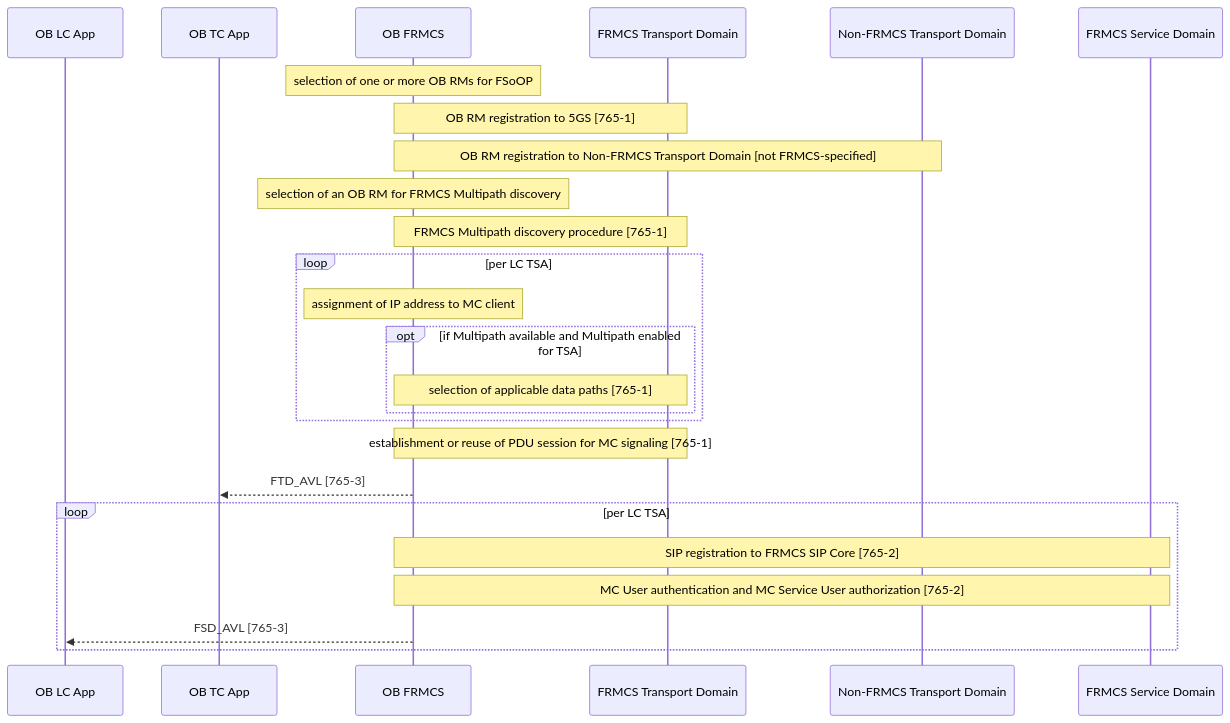
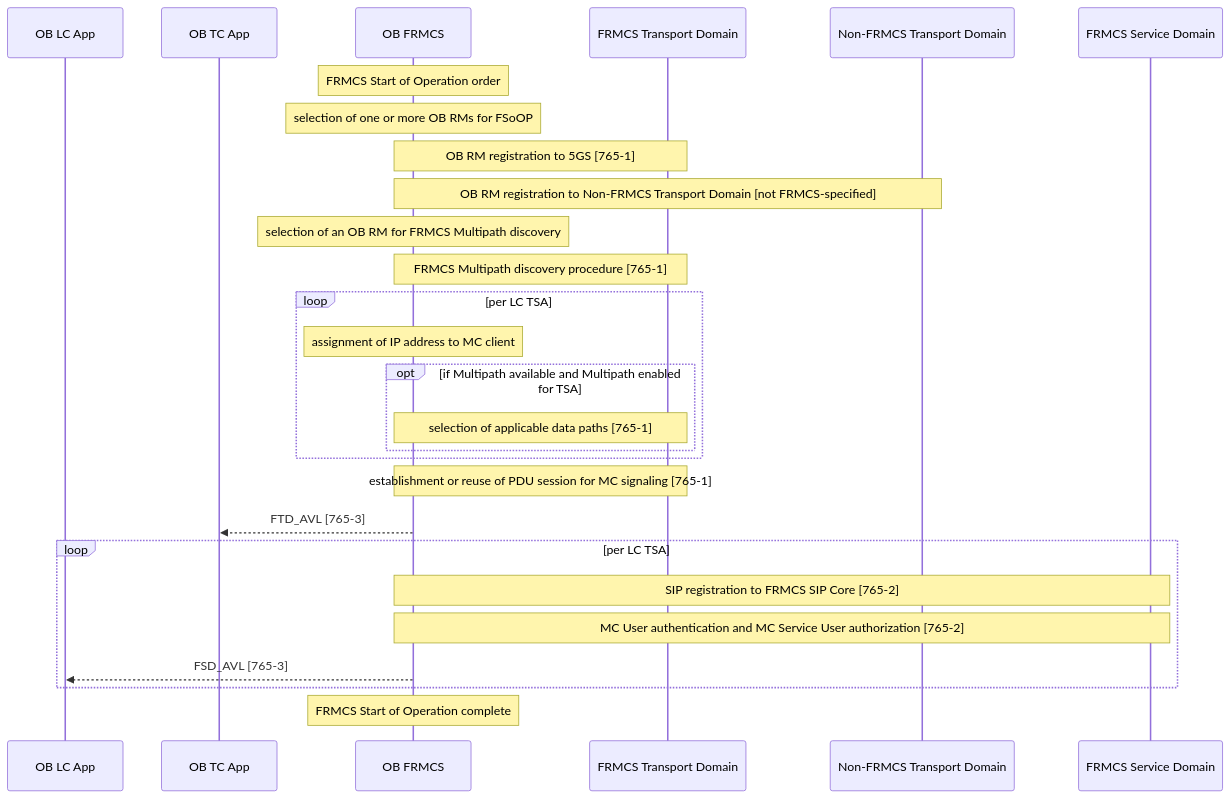
Before and after one commit to UICrail/FRMCSSandbox: the first of 2 diagrams in E2EProcedures/README.md, drawn with Mermaid.

Commit message:
README.md - updated the Start of Ops to indicate procedure start/stop

````diff
--- a/E2EProcedures/README.md
+++ b/E2EProcedures/README.md
@@ -7,34 +7,37 @@
 ```mermaid
 
 sequenceDiagram
 participant AL as OB LC App
 participant AT as OB TC App
 participant O as OB FRMCS
 participant FTD as FRMCS Transport Domain
 participant NFTD as Non-FRMCS Transport Domain
 participant FSD as FRMCS Service Domain
+
+Note over O: FRMCS Start of Operation order
 
 Note over O: selection of one or more OB RMs for FSoOP
 Note over O, FTD: OB RM registration to 5GS [765-1]
 Note over O, NFTD: OB RM registration to Non-FRMCS Transport Domain [not FRMCS-specified]
 
 Note over O: selection of an OB RM for FRMCS Multipath discovery
 Note over O, FTD: FRMCS Multipath discovery procedure [765-1]
 
 loop per LC TSA
   Note over O: assignment of IP address to MC client
   opt if Multipath available and Multipath enabled for TSA
     Note over O, FTD: selection of applicable data paths [765-1]
   end
 end
 
 Note over O, FTD: establishment or reuse of PDU session for MC signaling [765-1]
 O -->> AT:  FTD_AVL  [765-3]
 
 loop per LC TSA
   Note over O, FSD: SIP registration to FRMCS SIP Core [765-2]
   Note over O, FSD: MC User authentication and MC Service User authorization [765-2]
   O -->> AL:  FSD_AVL [765-3]
 end
 
+Note over O: FRMCS Start of Operation complete
 ```
````
